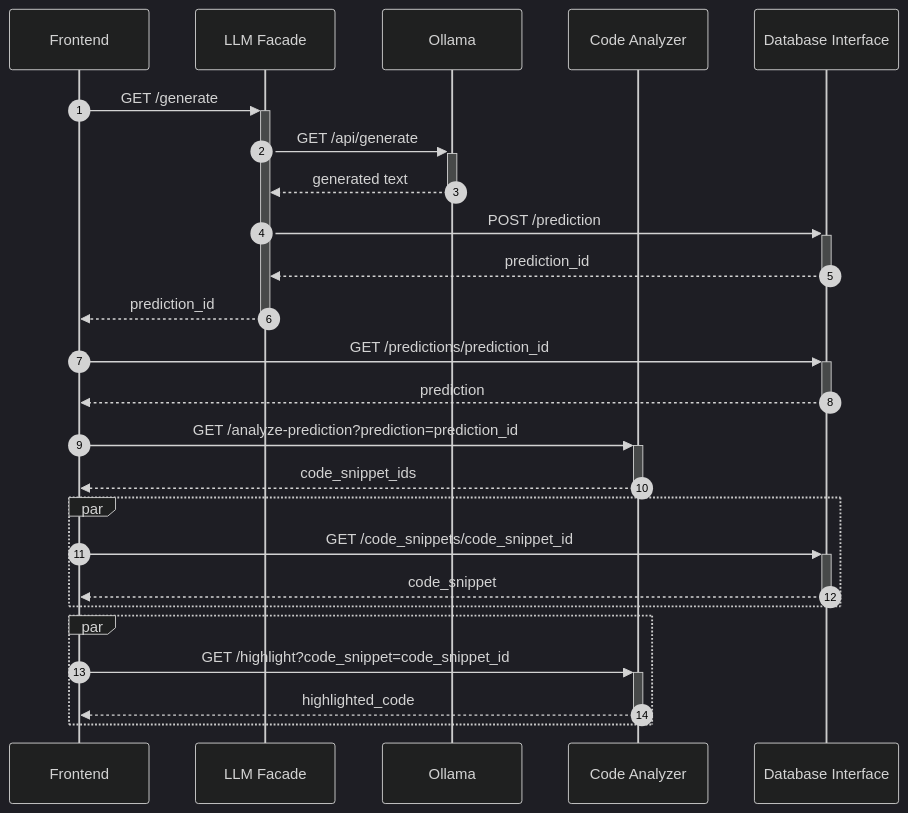
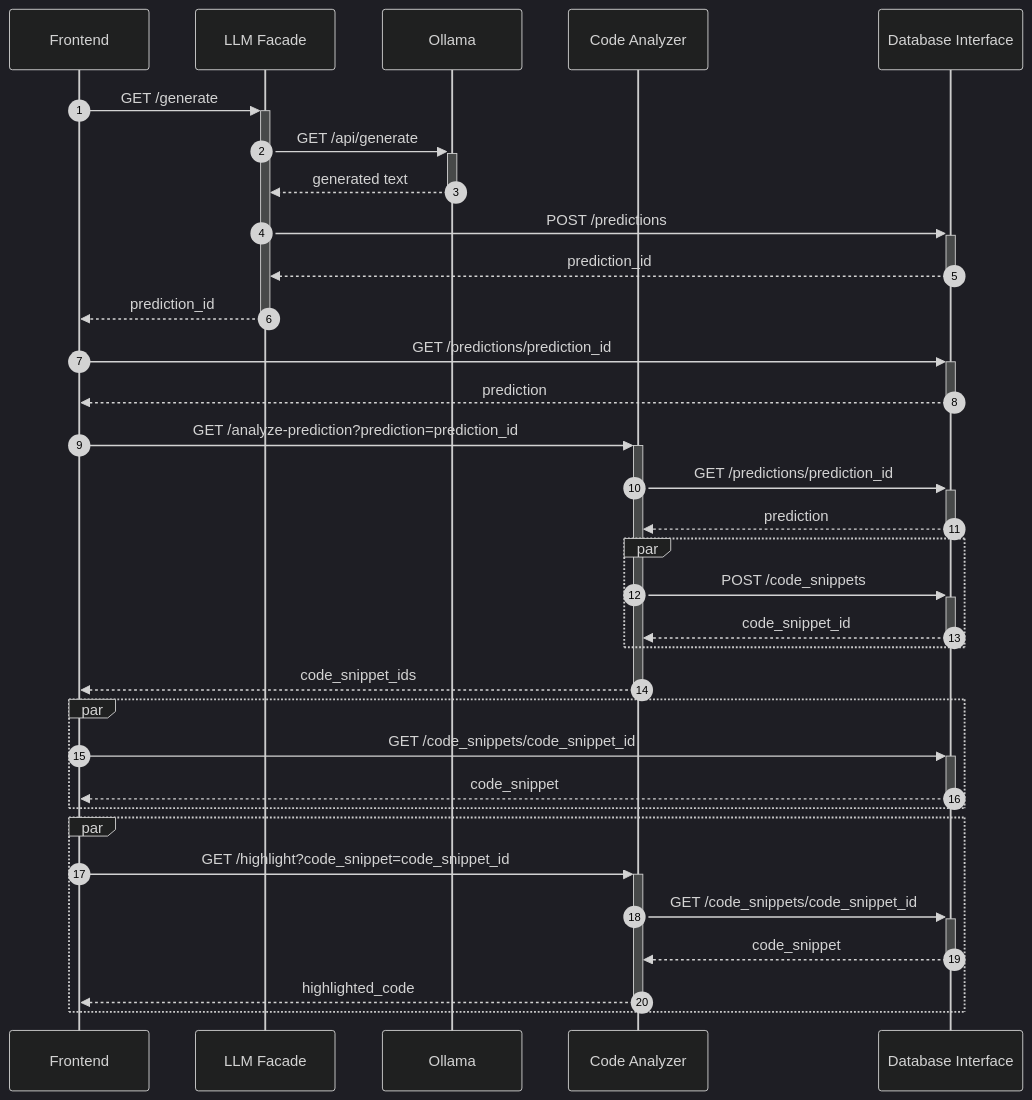
One commit to CR1337/xLLaMa changed the second of 3 diagrams in doc/final-presentation/diagrams.md. Above: the diagram before and after it, drawn with Mermaid (dark theme). The commit also changed other lines of this file and 3 other files, not shown here.

Commit message:
added diagrams

````diff
--- a/doc/final-presentation/diagrams.md
+++ b/doc/final-presentation/diagrams.md
@@ -103,33 +60,41 @@
 ```mermaid
 sequenceDiagram
     autonumber
 
     participant FE as Frontend
     participant LF as LLM Facade
     participant OL as Ollama
     participant CA as Code Analyzer
     participant DI as Database Interface
 
     FE ->>+ LF: GET /generate
         LF ->>+ OL: GET /api/generate
         OL -->>- LF: generated text
-        LF ->>+ DI: POST /prediction
+        LF ->>+ DI: POST /predictions
         DI -->>- LF: prediction_id
     LF -->>- FE: prediction_id
 
     FE ->>+ DI: GET /predictions/prediction_id
     DI -->>- FE: prediction
 
     FE ->>+ CA: GET /analyze-prediction?prediction=prediction_id
+        CA ->>+ DI: GET /predictions/prediction_id
+        DI -->>- CA: prediction
+        par
+            CA ->>+ DI: POST /code_snippets
+            DI -->>- CA: code_snippet_id
+        end
     CA -->>- FE: code_snippet_ids
 
     par
         FE ->>+ DI: GET /code_snippets/code_snippet_id
         DI -->>- FE: code_snippet
     end
 
     par
         FE ->>+ CA: GET /highlight?code_snippet=code_snippet_id
+            CA ->>+ DI: GET /code_snippets/code_snippet_id
+            DI -->>- CA: code_snippet
         CA -->>- FE: highlighted_code
     end
 ```
````
